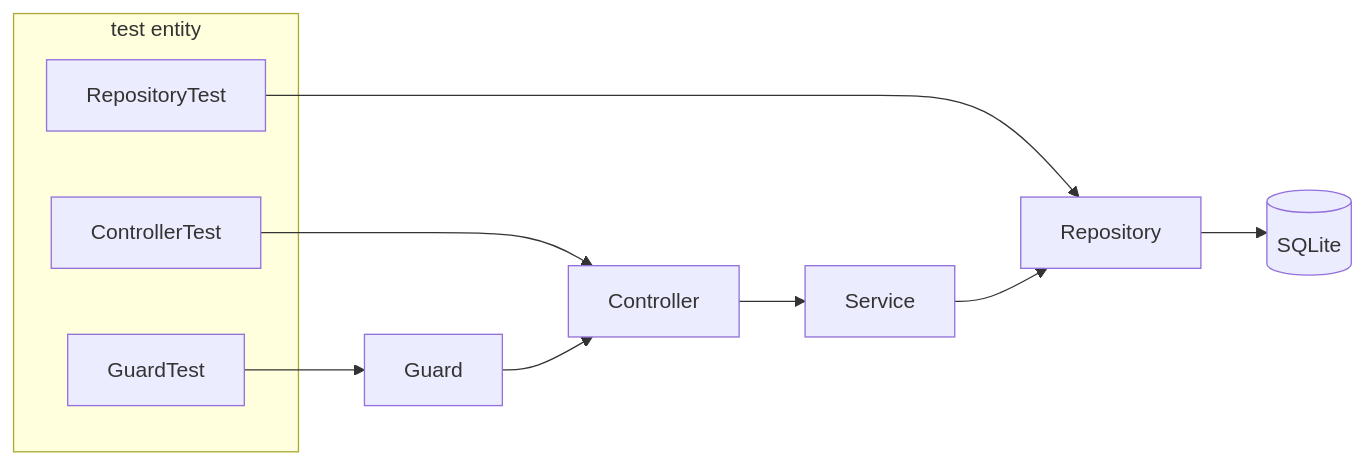
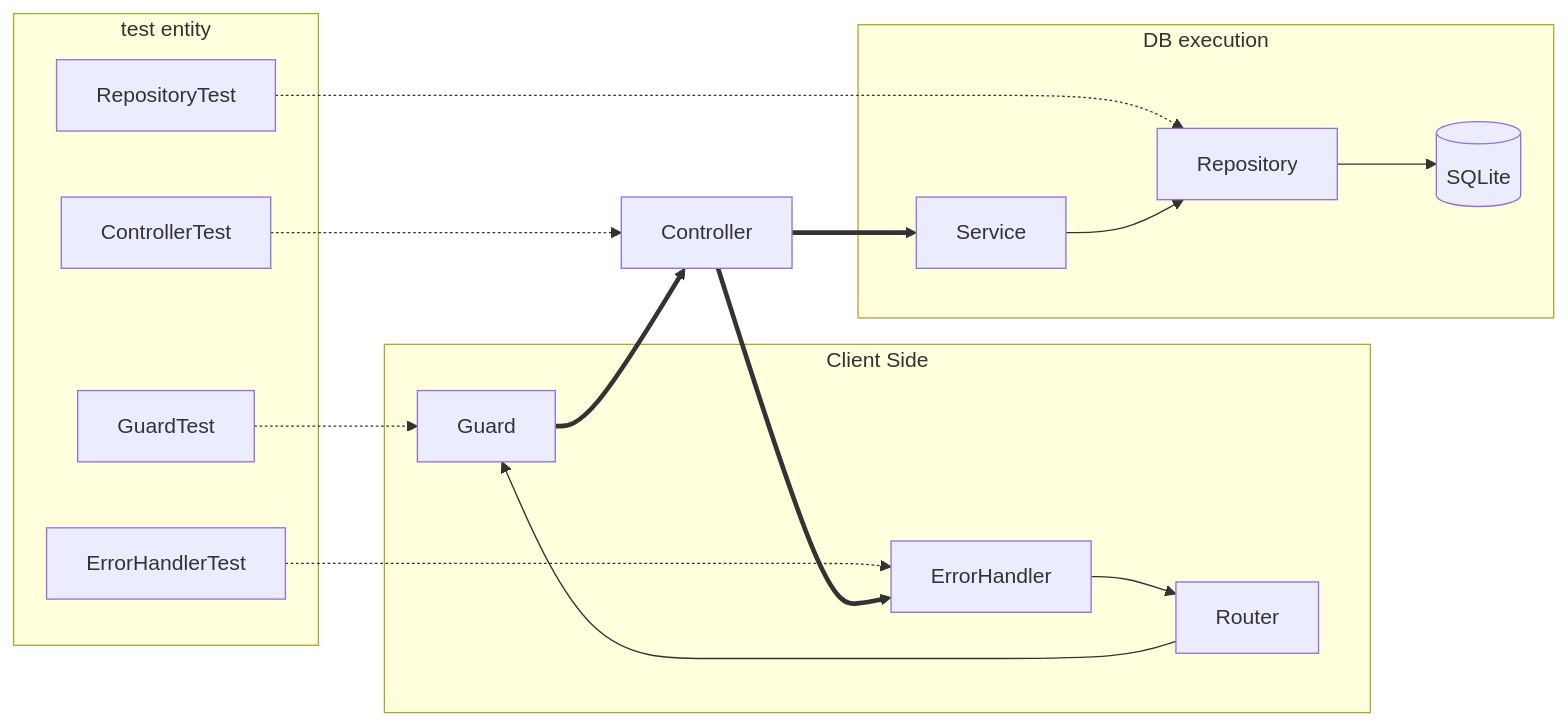
One commit to fujitashuichi/shared-driven-layered-ddd changed the first of 2 diagrams in README.md. Above: the diagram before and after it, drawn with Mermaid. The commit also changed other lines of this file and 41 other files, not shown here.

````diff
--- a/README.md
+++ b/README.md
@@ -16,18 +16,30 @@
 ```mermaid
 flowchart LR
 
 subgraph test entity
   GuardTest
   ControllerTest
   RepositoryTest
+  ErrorHandlerTest
 end
 
-GuardTest --> Guard
-ControllerTest --> Controller
-RepositoryTest --> Repository
+GuardTest -.-> Guard
+ControllerTest -.-> Controller
+RepositoryTest -.-> Repository
+ErrorHandlerTest -.-> ErrorHandler
 
-Guard --> Controller
-Controller --> Service
-Service --> Repository
-Repository --> DB[(SQLite)]
+subgraph Client Side
+  Router
+  Router --> Guard
+  ErrorHandler --> Router
+end
+
+Guard ==> Controller
+Controller ==> ErrorHandler
+Controller ==> Service
+
+subgraph DB execution
+  Service --> Repository
+  Repository --> DB[(SQLite)]
+end
 ```
````
